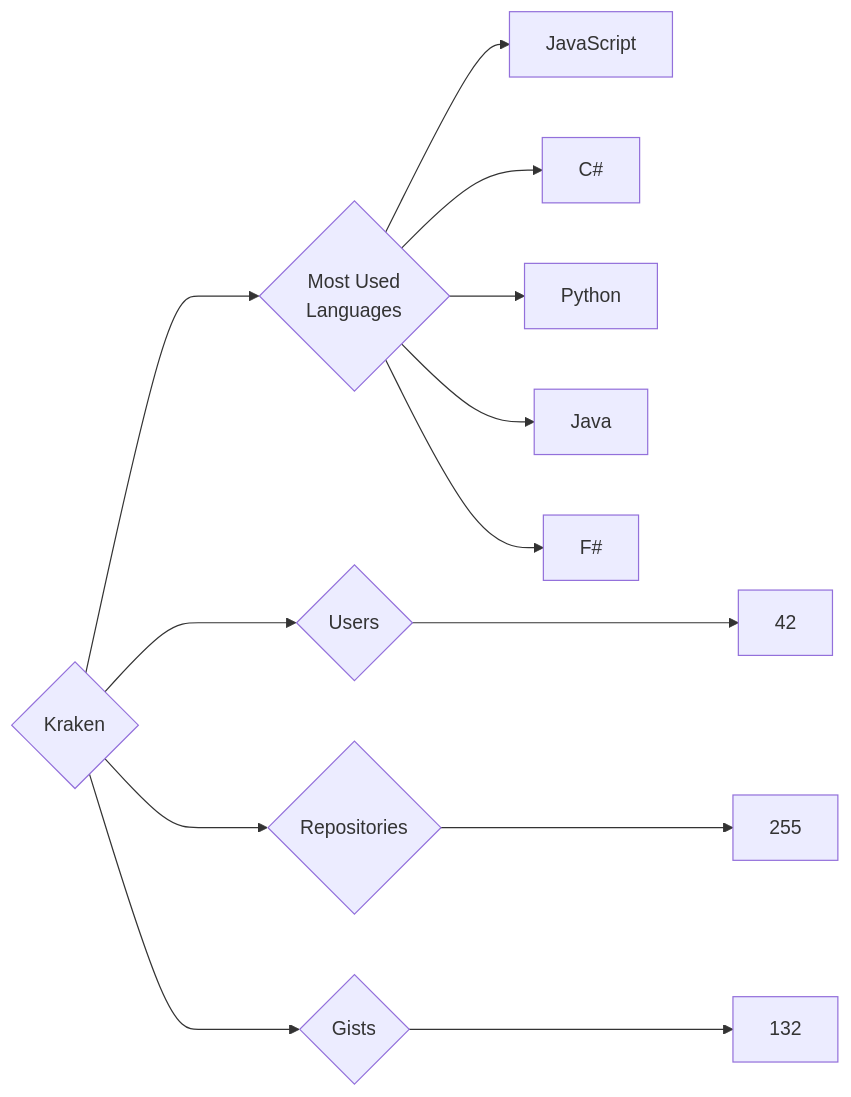
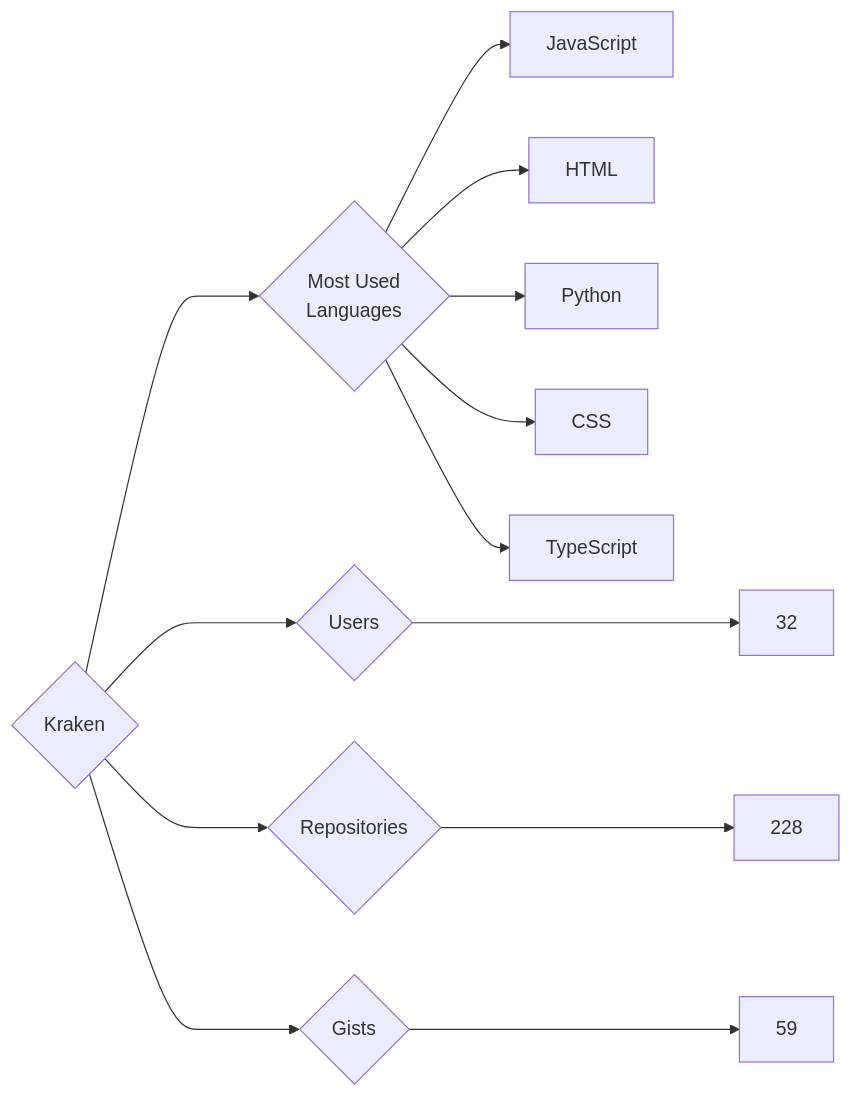
Before and after one commit to trickest/insiders: the diagram in targets/Kraken/README.md, drawn with Mermaid. The commit also changed 736 other files, not shown here.

````diff
--- a/targets/Kraken/README.md
+++ b/targets/Kraken/README.md
@@ -3,13 +3,13 @@
 ```mermaid
 graph LR
 COMPANY_NAME{Kraken}
-COMPANY_NAME ---> U{Users} ---> UN[42]
-COMPANY_NAME ---> R{Repositories} ---> RN[255]
-COMPANY_NAME ---> G{Gists} ---> GN[132]
+COMPANY_NAME ---> U{Users} ---> UN[32]
+COMPANY_NAME ---> R{Repositories} ---> RN[228]
+COMPANY_NAME ---> G{Gists} ---> GN[59]
 COMPANY_NAME ---> ML{Most Used<br>Languages}
 ML --> JavaScript[JavaScript]
-ML --> C#[C#]
+ML --> HTML[HTML]
 ML --> Python[Python]
-ML --> Java[Java]
-ML --> F#[F#]
+ML --> CSS[CSS]
+ML --> TypeScript[TypeScript]
 ```
````
